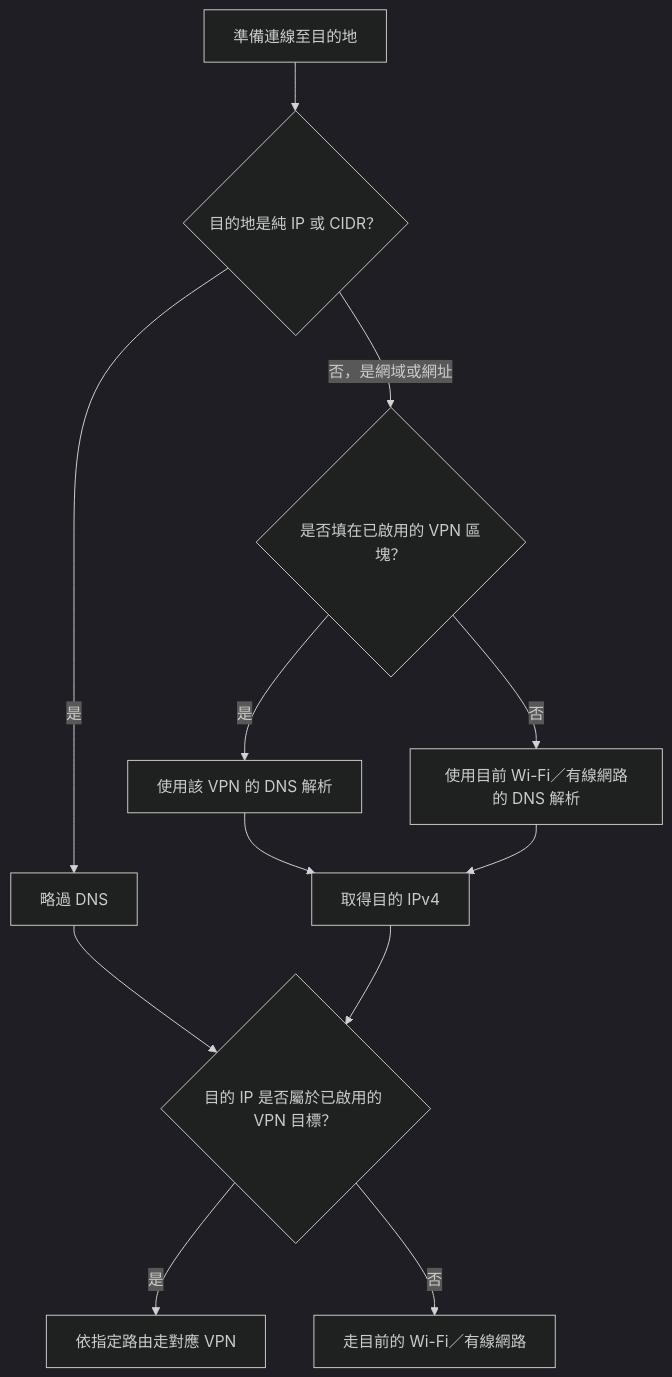
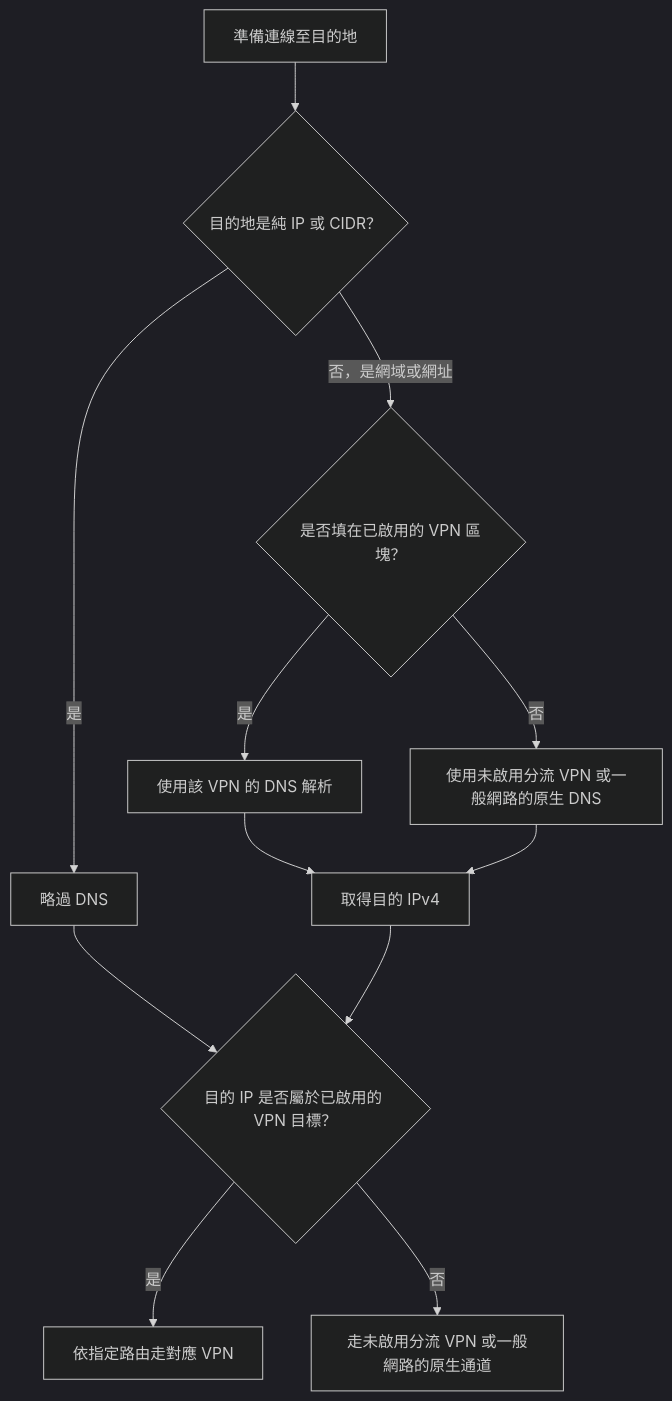
Before and after one commit to shadowslayton/rust-vpn-splitter: the diagram in README.md, drawn with Mermaid (dark theme). The commit also changed other lines of this file and 3 other files, not shown here.

````diff
--- a/README.md
+++ b/README.md
@@ -18,14 +18,14 @@
 ```mermaid
 flowchart TD
     A["準備連線至目的地"] --> B{"目的地是純 IP 或 CIDR？"}
     B -- "是" --> C["略過 DNS"]
     B -- "否，是網域或網址" --> D{"是否填在已啟用的 VPN 區塊？"}
     D -- "是" --> E["使用該 VPN 的 DNS 解析"]
-    D -- "否" --> F["使用目前 Wi-Fi／有線網路的 DNS 解析"]
+    D -- "否" --> F["使用未啟用分流 VPN 或一般網路的原生 DNS"]
     E --> G["取得目的 IPv4"]
     F --> G
     C --> H{"目的 IP 是否屬於已啟用的 VPN 目標？"}
     G --> H
     H -- "是" --> I["依指定路由走對應 VPN"]
-    H -- "否" --> J["走目前的 Wi-Fi／有線網路"]
+    H -- "否" --> J["走未啟用分流 VPN 或一般網路的原生通道"]
 ```
````
